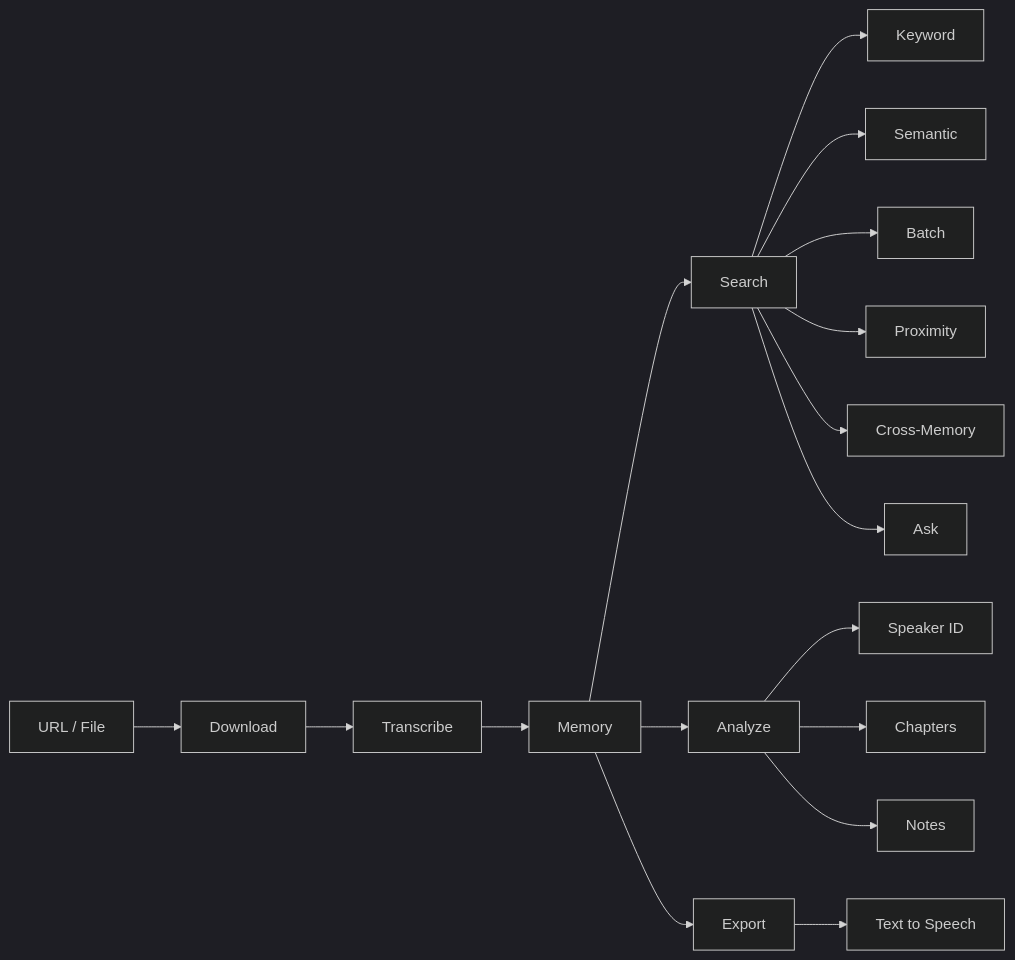
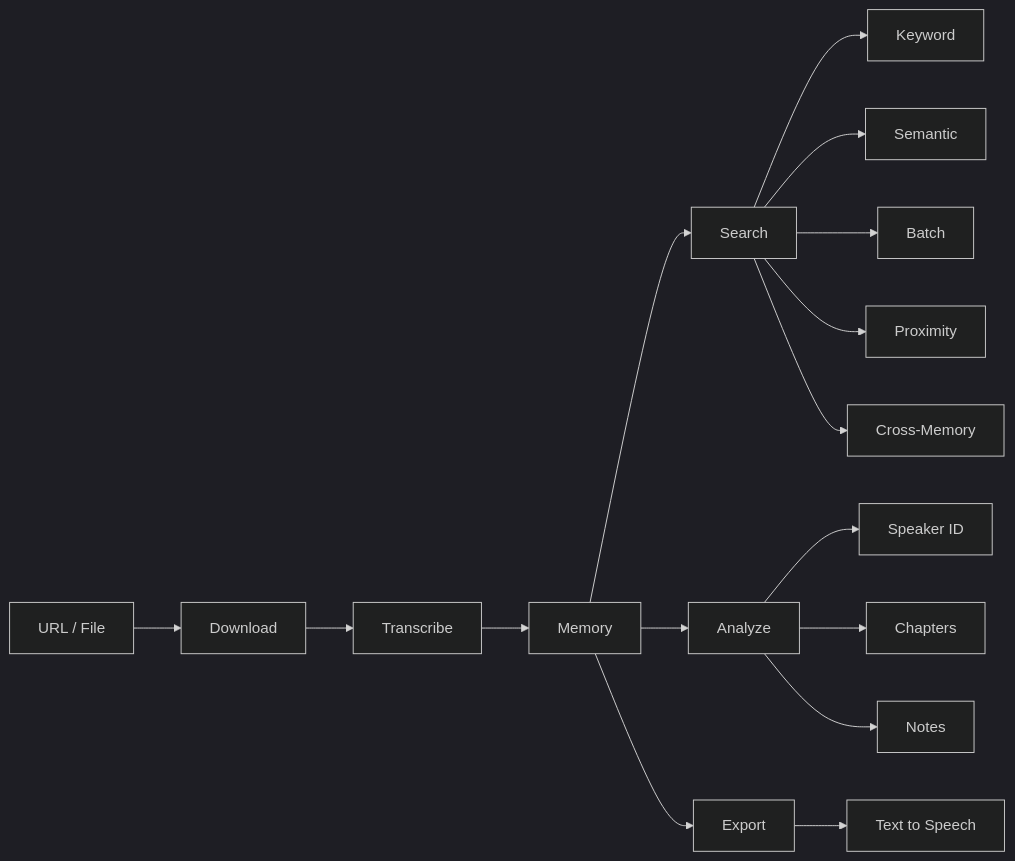
Before and after one commit to AugentDevs/Augent: the diagram in README.md, drawn with Mermaid. The commit also changed other lines of this file and 5 other files, not shown here.

````diff
--- a/README.md
+++ b/README.md
@@ -63,23 +63,22 @@
 ```mermaid
 %%{init: {'theme': 'dark'}}%%
 flowchart LR
     A["URL / File"] --> B["Download"]
     B --> C["Transcribe"]
     C --> D["Memory"]
     D --> E["Search"]
     D --> F["Analyze"]
     D --> G["Export"]
 
     E --> E1["Keyword"]
     E --> E2["Semantic"]
     E --> E3["Batch"]
     E --> E4["Proximity"]
     E --> E5["Cross-Memory"]
-    E --> E6["Ask"]
 
     F --> F1["Speaker ID"]
     F --> F2["Chapters"]
     F --> F3["Notes"]
 
     G --> G1["Text to Speech"]
 ```
````
